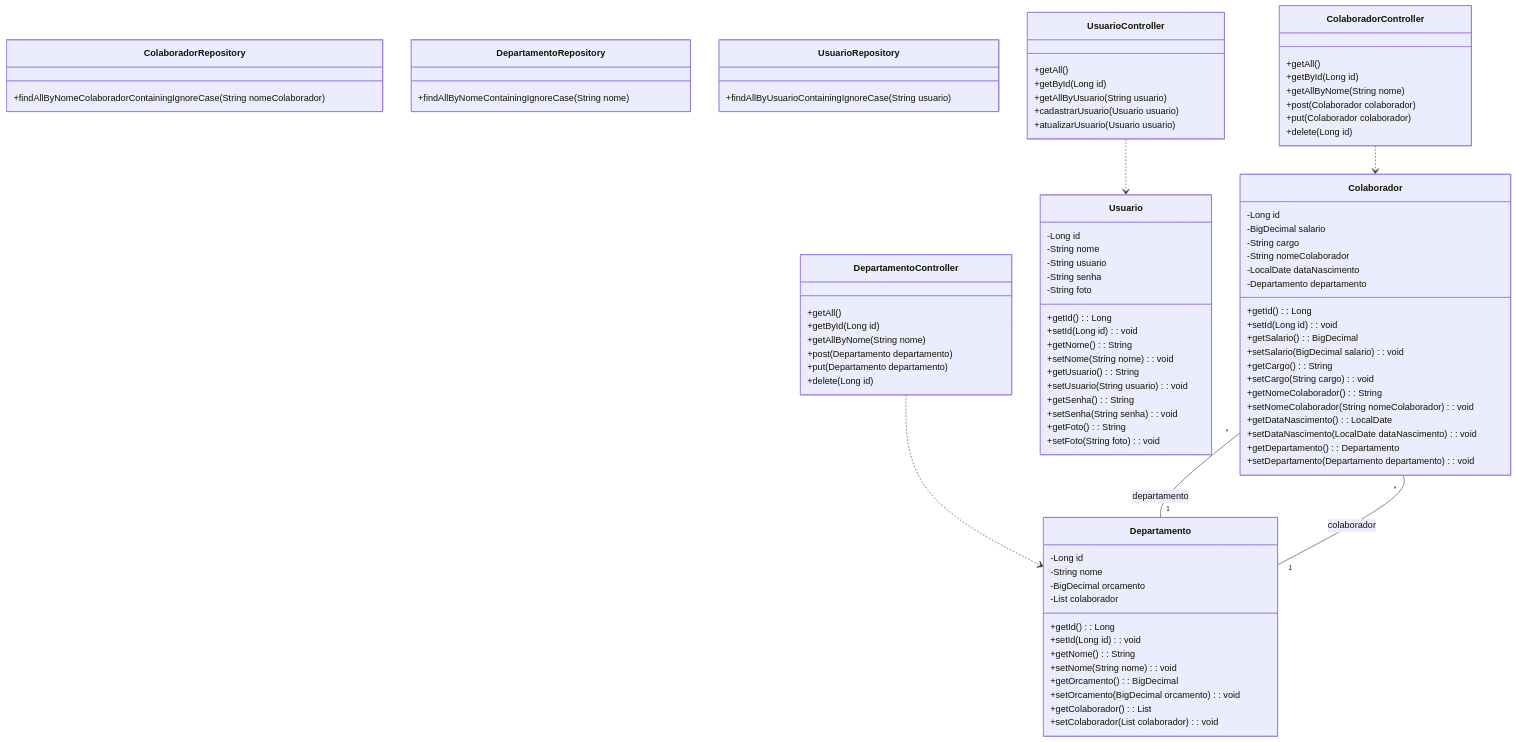
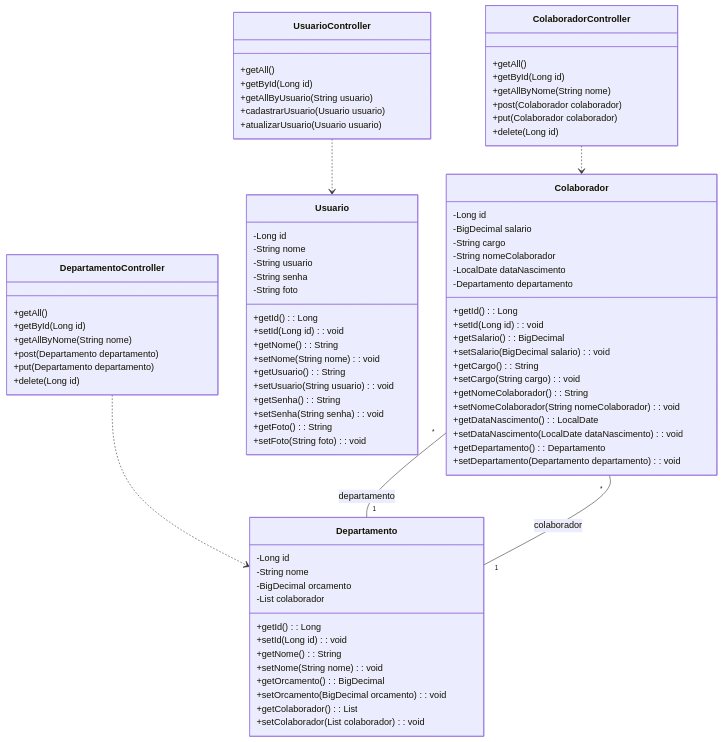
The diagram in README.md (Wezzlim/helloworld_spring), drawn with Mermaid before and after one commit. The commit also changed other lines of this file, not shown here.

````diff
--- a/README.md
+++ b/README.md
@@ -33,16 +36,6 @@
 ```mermaid
 classDiagram
 direction TB
-    class ColaboradorRepository {
-	    +findAllByNomeColaboradorContainingIgnoreCase(String nomeColaborador)
-    }
-    class DepartamentoRepository {
-	    +findAllByNomeContainingIgnoreCase(String nome)
-    }
-    class UsuarioRepository {
-	    +findAllByUsuarioContainingIgnoreCase(String usuario)
-    }
-
     class Colaborador {
     -Long id  
     -BigDecimal salario  
````
